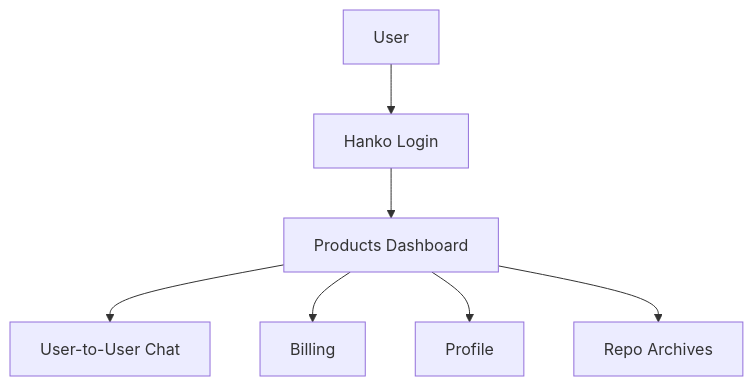
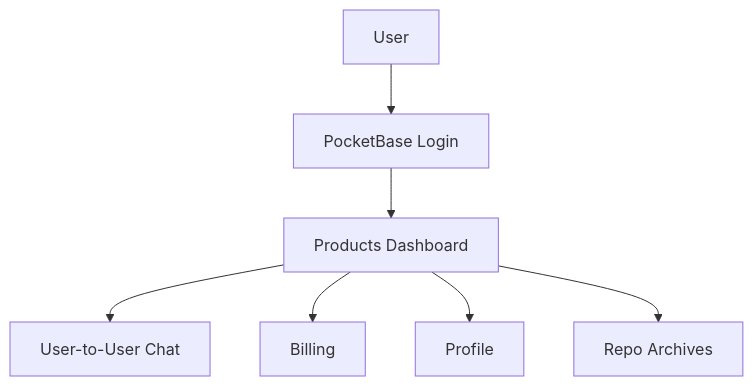
The fourth of 13 diagrams in expansion.md (dirm02/bloggista), drawn with Mermaid before and after one commit. The commit also changed other lines of this file, not shown here.

````diff
--- a/expansion.md
+++ b/expansion.md
@@ -144,9 +142,9 @@
 ```mermaid
 flowchart TB
-    User[User] --> Login[Hanko Login]
+    User[User] --> Login[PocketBase Login]
     Login --> Products[Products Dashboard]
     Products --> UserChat[User-to-User Chat]
     Products --> Billing[Billing]
     Products --> Profile[Profile]
     Products --> Archives[Repo Archives]
 ```
````
